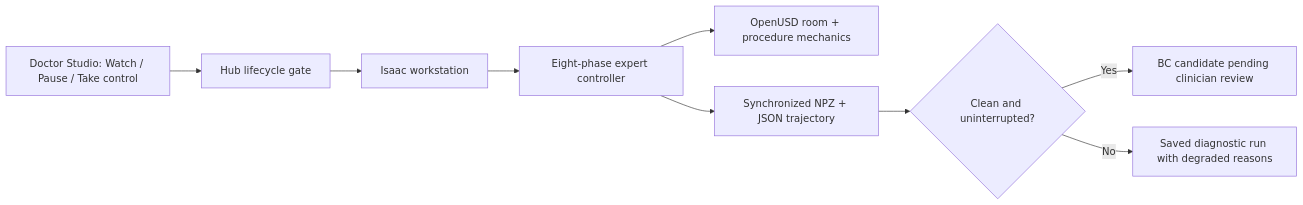
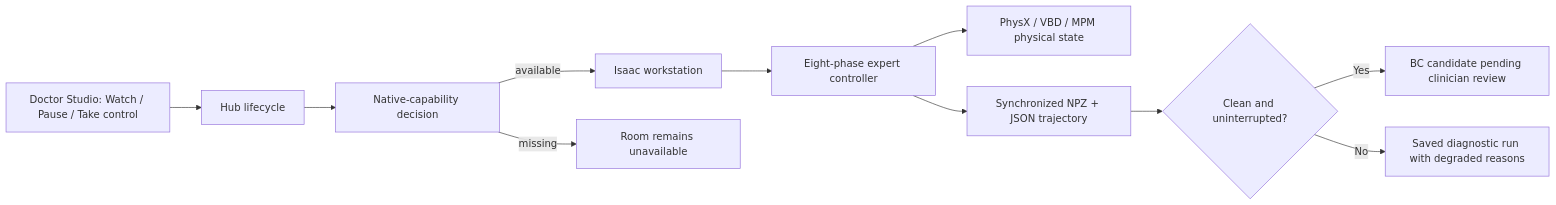
Before and after one commit to Numi2/drAnmar: the diagram in docs/ARCHITECTURE.md, drawn with Mermaid. The commit also changed other lines of this file and 24 other files, not shown here.

Commit message:
Replace proxy mechanics with native physics authority

````diff
--- a/docs/ARCHITECTURE.md
+++ b/docs/ARCHITECTURE.md
@@ -52,11 +52,13 @@
 ```mermaid
 flowchart LR
-    A["Doctor Studio: Watch / Pause / Take control"] --> B["Hub lifecycle gate"]
-    B --> C["Isaac workstation"]
-    C --> D["Eight-phase expert controller"]
-    D --> E["OpenUSD room + procedure mechanics"]
-    D --> F["Synchronized NPZ + JSON trajectory"]
+    A["Doctor Studio: Watch / Pause / Take control"] --> B["Hub lifecycle"]
+    B --> C["Native-capability decision"]
+    C -->|available| D["Isaac workstation"]
+    C -->|missing| J["Room remains unavailable"]
+    D --> E["Eight-phase expert controller"]
+    E --> K["PhysX / VBD / MPM physical state"]
+    E --> F["Synchronized NPZ + JSON trajectory"]
     F --> G{"Clean and uninterrupted?"}
     G -->|Yes| H["BC candidate pending clinician review"]
     G -->|No| I["Saved diagnostic run with degraded reasons"]
 ```
````
